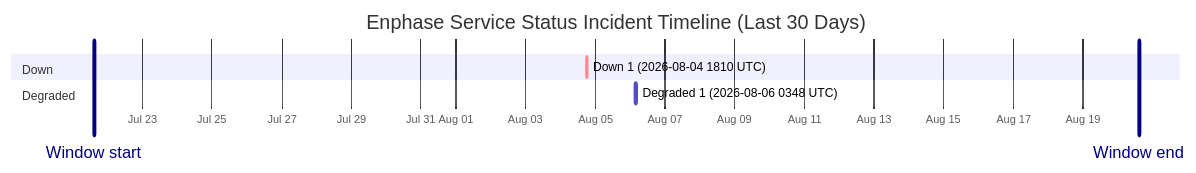
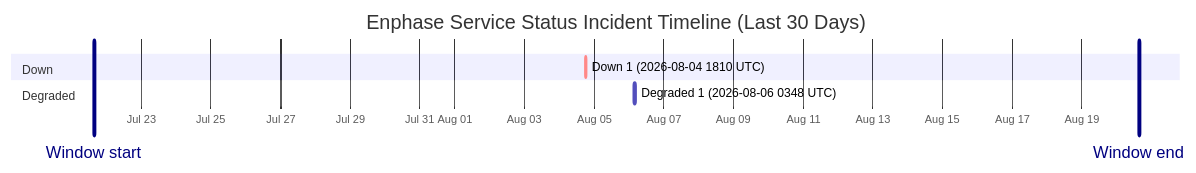
One commit to barneyonline/ha-enphase-energy changed the diagram in wiki/Service-Status-History.md. Above: the diagram before and after it, drawn with Mermaid. The commit also changed other lines of this file and 3 other files, not shown here.

````diff
--- a/wiki/Service-Status-History.md
+++ b/wiki/Service-Status-History.md
@@ -14,12 +14,12 @@
 ```mermaid
 gantt
     title Enphase Service Status Incident Timeline (Last 30 Days)
     dateFormat  YYYY-MM-DDTHH:mm:ss
     axisFormat  %b %d
-    Window start :vert, window-start, 2026-07-21T14:33:50, 0ms
-    Window end :vert, window-end, 2026-08-20T14:33:50, 0ms
+    Window start :vert, window-start, 2026-07-21T15:31:06, 0ms
+    Window end :vert, window-end, 2026-08-20T15:31:06, 0ms
     section Down
     Down 1 (2026-08-04 1810 UTC) :crit, down-1, 2026-08-04T18:10:46, 60m
     section Degraded
     Degraded 1 (2026-08-06 0348 UTC) :active, degraded-1, 2026-08-06T03:48:14, 60m
 ```
````
